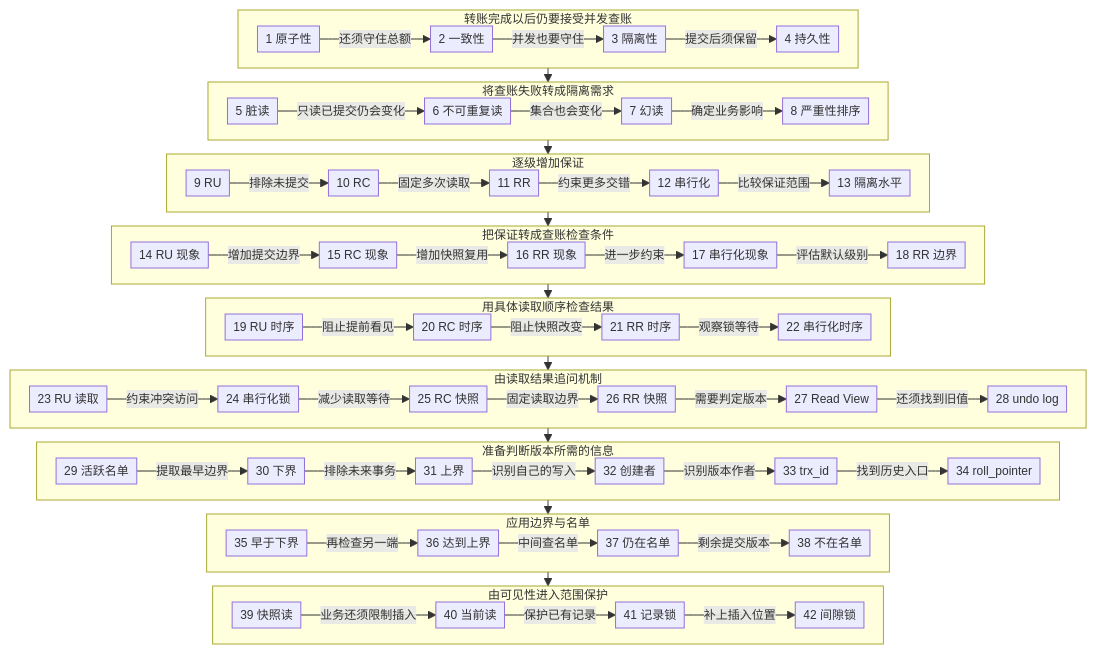
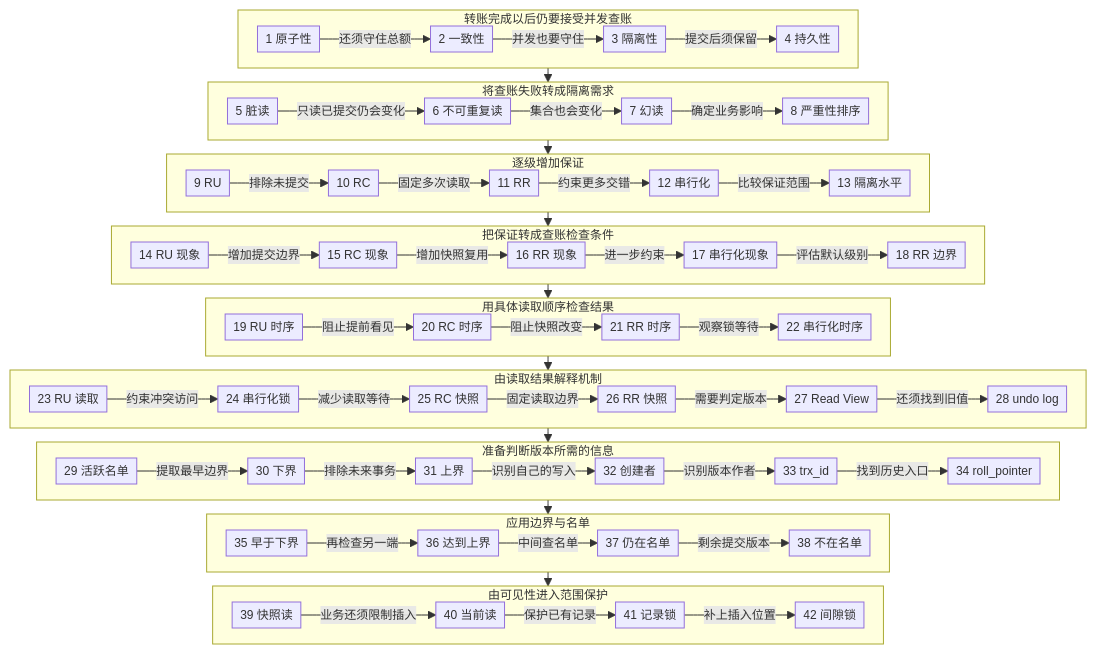
One commit to leimingze/note changed the diagram in mysql/mysql事务.md. Above: the diagram before and after it, drawn with Mermaid. The commit also changed other lines of this file and 1 other file, not shown here.

````diff
--- a/mysql/mysql事务.md
+++ b/mysql/mysql事务.md
@@ -54,41 +54,41 @@
 ```mermaid
 %%{init: {"flowchart": {"nodeSpacing": 12, "rankSpacing": 14, "padding": 4}, "themeVariables": {"fontSize": "12px"}}}%%
 flowchart TB
     subgraph S1[转账完成以后仍要接受并发查账]
         direction LR
         K01["1 原子性"] -->|还须守住总额| K02["2 一致性"] -->|并发也要守住| K03["3 隔离性"] -->|提交后须保留| K04["4 持久性"]
     end
     subgraph S2[将查账失败转成隔离需求]
         direction LR
         K05["5 脏读"] -->|只读已提交仍会变化| K06["6 不可重复读"] -->|集合也会变化| K07["7 幻读"] -->|确定业务影响| K08["8 严重性排序"]
     end
     subgraph S3[逐级增加保证]
         direction LR
         K09["9 RU"] -->|排除未提交| K10["10 RC"] -->|固定多次读取| K11["11 RR"] -->|约束更多交错| K12["12 串行化"] -->|比较保证范围| K13["13 隔离水平"]
     end
     subgraph S4[把保证转成查账检查条件]
         direction LR
         K14["14 RU 现象"] -->|增加提交边界| K15["15 RC 现象"] -->|增加快照复用| K16["16 RR 现象"] -->|进一步约束| K17["17 串行化现象"] -->|评估默认级别| K18["18 RR 边界"]
     end
     subgraph S5[用具体读取顺序检查结果]
         direction LR
         K19["19 RU 时序"] -->|阻止提前看见| K20["20 RC 时序"] -->|阻止快照改变| K21["21 RR 时序"] -->|观察锁等待| K22["22 串行化时序"]
     end
-    subgraph S6[由读取结果追问机制]
+    subgraph S6[由读取结果解释机制]
         direction LR
         K23["23 RU 读取"] -->|约束冲突访问| K24["24 串行化锁"] -->|减少读取等待| K25["25 RC 快照"] -->|固定读取边界| K26["26 RR 快照"] -->|需要判定版本| K27["27 Read View"] -->|还须找到旧值| K28["28 undo log"]
     end
     subgraph S7[准备判断版本所需的信息]
         direction LR
         K29["29 活跃名单"] -->|提取最早边界| K30["30 下界"] -->|排除未来事务| K31["31 上界"] -->|识别自己的写入| K32["32 创建者"] -->|识别版本作者| K33["33 trx_id"] -->|找到历史入口| K34["34 roll_pointer"]
     end
     subgraph S8[应用边界与名单]
         direction LR
         K35["35 早于下界"] -->|再检查另一端| K36["36 达到上界"] -->|中间查名单| K37["37 仍在名单"] -->|剩余提交版本| K38["38 不在名单"]
     end
     subgraph S9[由可见性进入范围保护]
         direction LR
         K39["39 快照读"] -->|业务还须限制插入| K40["40 当前读"] -->|保护已有记录| K41["41 记录锁"] -->|补上插入位置| K42["42 间隙锁"]
     end
     S1 --> S2 --> S3 --> S4 --> S5 --> S6 --> S7 --> S8 --> S9
 ```
````
